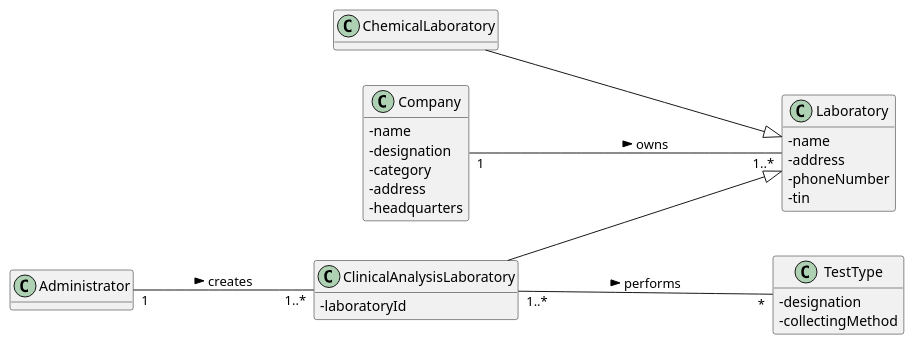
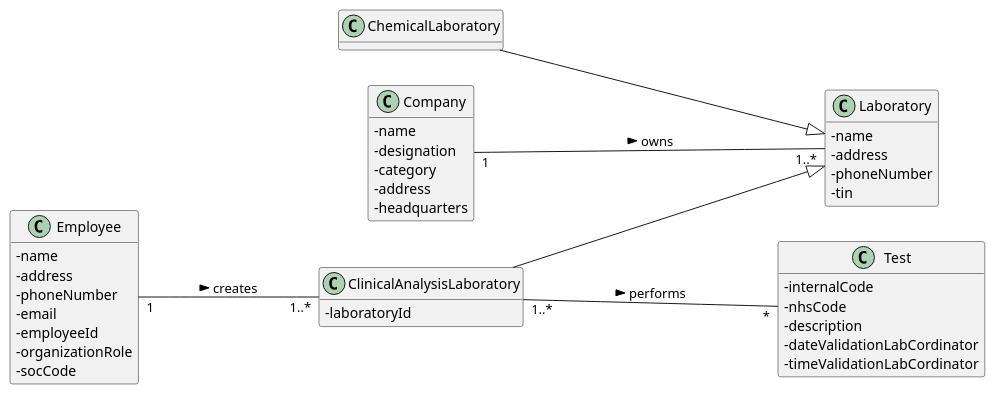
The diagram in docs/SprintB/US08/US08_MD.puml (manu-07-ela/LAPR2_ISEP), drawn with PlantUML before and after one commit. The commit also changed 3 other files, not shown here.

```diff
--- a/docs/SprintB/US08/US08_MD.puml
+++ b/docs/SprintB/US08/US08_MD.puml
@@ -1,48 +1,57 @@
 @startuml
 hide methods
 left to right direction
 skinparam classAttributeIconSize 0
 
 
 
 class Company{
 -name
 -designation
 -category
 -address
 -headquarters
 }
 
 class Laboratory {
   -name
   -address
   -phoneNumber
   -tin
 }
 
 class ClinicalAnalysisLaboratory {
   -laboratoryId
 }
 
-class TestType{
--designation
--collectingMethod
+class Test{
+-internalCode
+-nhsCode
+-description
+-dateValidationLabCordinator
+-timeValidationLabCordinator
 }
 
 class ChemicalLaboratory{
 
 }
 
-class Administrator {
-
+class Employee{
+-name
+-address
+-phoneNumber
+-email
+-employeeId
+-organizationRole
+-socCode
 }
 
 Company "1"---- "1..*" Laboratory : owns >
 ClinicalAnalysisLaboratory ----|> Laboratory
-ClinicalAnalysisLaboratory "1..*"----"*" TestType : performs >
-Administrator "1"---"1..*"ClinicalAnalysisLaboratory : creates >
+ClinicalAnalysisLaboratory "1..*"----"*" Test : performs >
+Employee "1"---"1..*"ClinicalAnalysisLaboratory : creates >
 ChemicalLaboratory ----|> Laboratory
 
 
 
 @enduml
```
